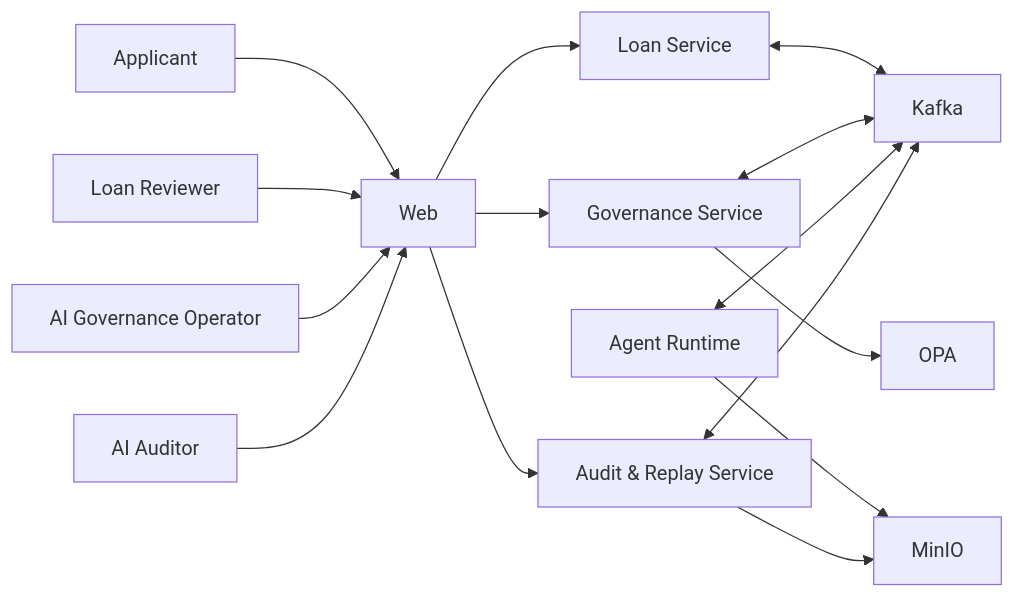
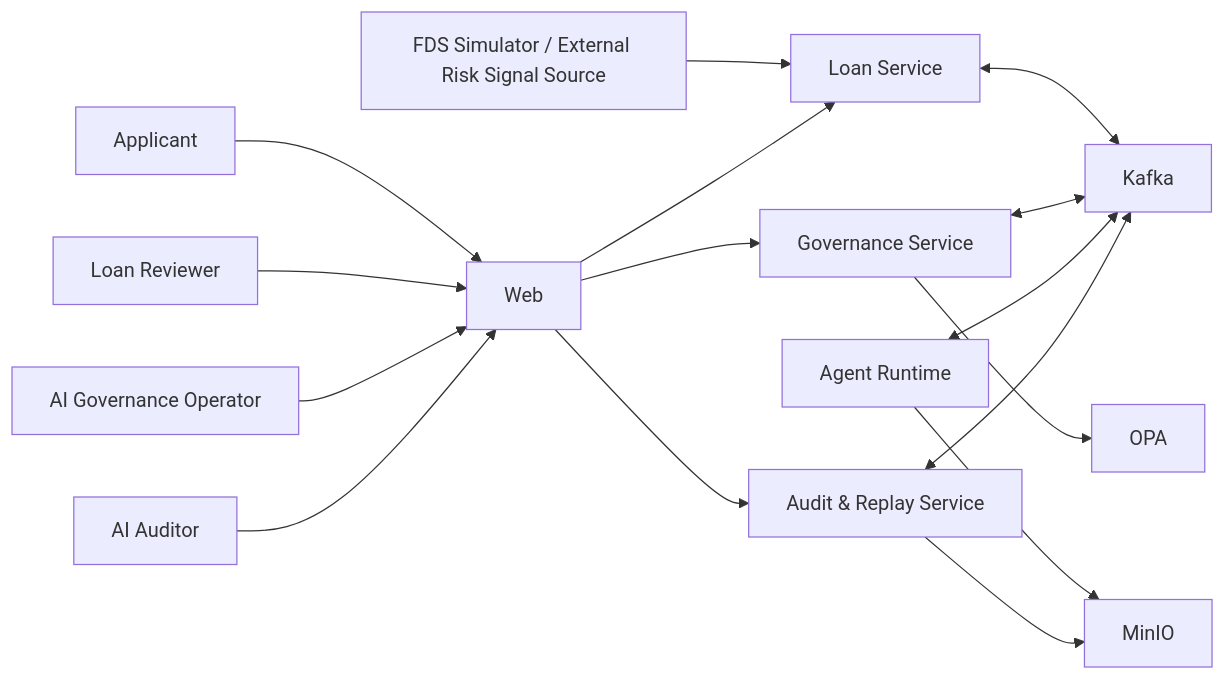
Before and after one commit to dlsrnjs125/rippleguard-docs: the diagram in architecture/system-context.md, drawn with Mermaid. The commit also changed other lines of this file and 29 other files, not shown here.

````diff
--- a/architecture/system-context.md
+++ b/architecture/system-context.md
@@ -5,17 +5,18 @@
 ```mermaid
 flowchart LR
   Applicant --> Web[Web]
   Reviewer[Loan Reviewer] --> Web
   Operator[AI Governance Operator] --> Web
   Auditor[AI Auditor] --> Web
+  FDS[FDS Simulator / External Risk Signal Source] --> Loan
   Web --> Loan[Loan Service]
   Web --> Gov[Governance Service]
   Web --> Audit[Audit & Replay Service]
   Loan <--> Kafka
   Gov <--> Kafka
   Runtime[Agent Runtime] <--> Kafka
   Audit <--> Kafka
   Gov --> OPA
   Runtime --> MinIO
   Audit --> MinIO
 ```
````
